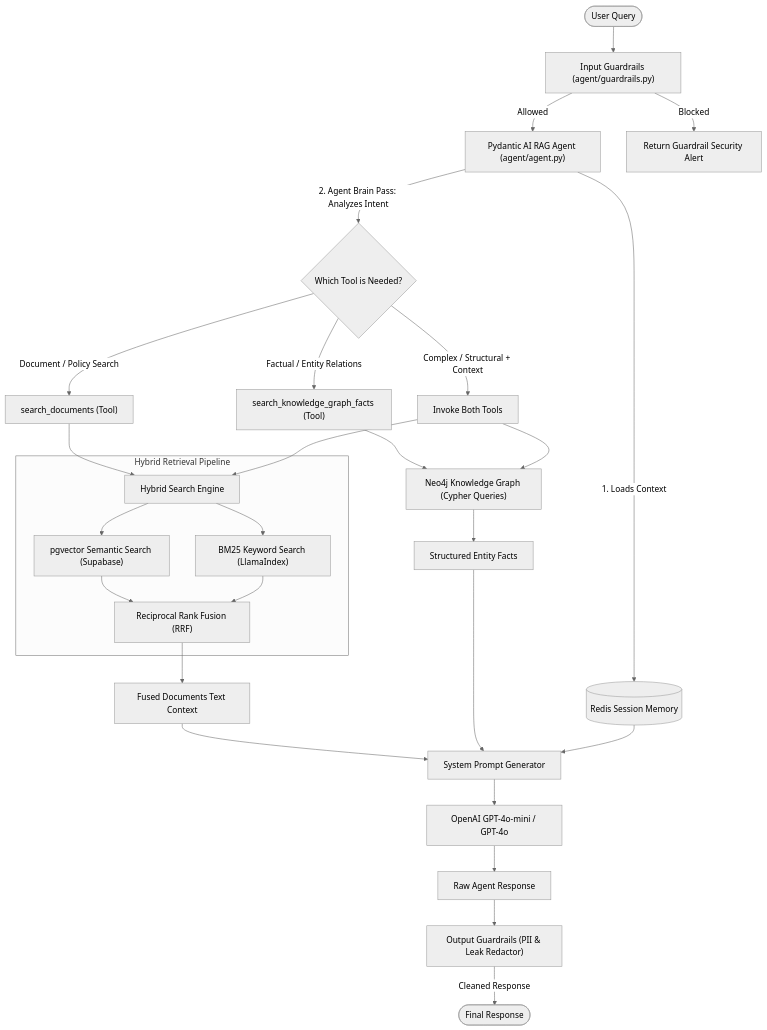
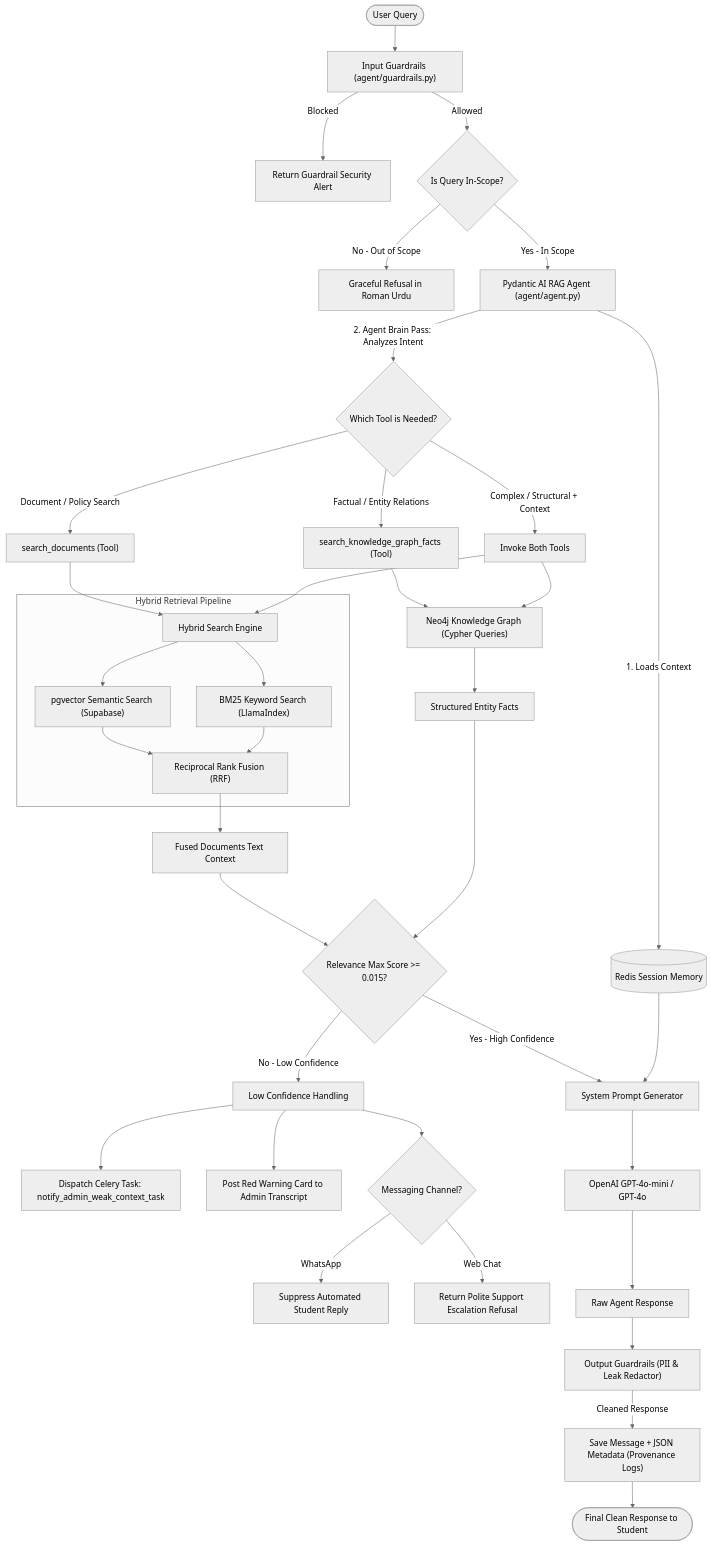
One commit to HasnainMuavia1/WA-Graph-RAG-BACKEND changed the first of 5 diagrams in README.md. Above: the diagram before and after it, drawn with Mermaid (neutral theme). The commit also changed other lines of this file and 7 other files, not shown here.

````diff
--- a/README.md
+++ b/README.md
@@ -26,45 +26,59 @@
 ```mermaid
 graph TD
     User([User Query]) --> IG["Input Guardrails (agent/guardrails.py)"]
-    IG -->|Allowed| Agent["Pydantic AI RAG Agent (agent/agent.py)"]
     IG -->|Blocked| BlockedMsg["Return Guardrail Security Alert"]
+    IG -->|Allowed| ScopeCheck{Is Query In-Scope?}
+    
+    ScopeCheck -->|No - Out of Scope| OutOfScopeMsg["Graceful Refusal in Roman Urdu"]
+    ScopeCheck -->|Yes - In Scope| Agent["Pydantic AI RAG Agent (agent/agent.py)"]
     
     Agent -->|1. Loads Context| Memory[(Redis Session Memory)]
-    
-    %% Agent Brain Pass / Tool Decision
     Agent -->|2. Agent Brain Pass: Analyzes Intent| ToolRouter{Which Tool is Needed?}
     
     %% Tool Routing
     ToolRouter -->|Factual / Entity Relations| GraphTool["search_knowledge_graph_facts (Tool)"]
     ToolRouter -->|Document / Policy Search| DocTool["search_documents (Tool)"]
     ToolRouter -->|Complex / Structural + Context| Both["Invoke Both Tools"]
     
     %% Graph Tool execution
     GraphTool --> Neo4jSearch["Neo4j Knowledge Graph (Cypher Queries)"]
     
     %% Doc Tool execution
     DocTool --> HybridSearch["Hybrid Search Engine"]
     Both --> Neo4jSearch
     Both --> HybridSearch
     
     %% Hybrid Search Breakdown
     subgraph Hybrid Retrieval Pipeline
         HybridSearch --> VectorSearch["pgvector Semantic Search (Supabase)"]
         HybridSearch --> BM25Search["BM25 Keyword Search (LlamaIndex)"]
         VectorSearch --> RERANK["Reciprocal Rank Fusion (RRF)"]
         BM25Search --> RERANK
     end
     
     %% Context synthesis
     RERANK --> FusedDocContext["Fused Documents Text Context"]
     Neo4jSearch --> GraphContext["Structured Entity Facts"]
     
-    FusedDocContext --> PromptBuilder["System Prompt Generator"]
-    GraphContext --> PromptBuilder
+    %% Relevance gate
+    FusedDocContext --> ConfGate{Relevance Max Score >= 0.015?}
+    GraphContext --> ConfGate
+    
+    %% Low Confidence branch
+    ConfGate -->|No - Low Confidence| LowConf["Low Confidence Handling"]
+    LowConf --> CeleryAlert["Dispatch Celery Task: notify_admin_weak_context_task"]
+    LowConf --> SaveAlert["Post Red Warning Card to Admin Transcript"]
+    LowConf --> ChannelSplit{Messaging Channel?}
+    ChannelSplit -->|WhatsApp| Suppress["Suppress Automated Student Reply"]
+    ChannelSplit -->|Web Chat| WebFallback["Return Polite Support Escalation Refusal"]
+    
+    %% High Confidence branch
+    ConfGate -->|Yes - High Confidence| PromptBuilder["System Prompt Generator"]
     Memory --> PromptBuilder
     
     PromptBuilder --> LLM["OpenAI GPT-4o-mini / GPT-4o"]
     LLM --> RawOutput["Raw Agent Response"]
     RawOutput --> OG["Output Guardrails (PII & Leak Redactor)"]
-    OG -->|Cleaned Response| UserResponse([Final Response])
+    OG -->|Cleaned Response| SaveProvenance["Save Message + JSON Metadata (Provenance Logs)"]
+    SaveProvenance --> UserResponse([Final Clean Response to Student])
 ```
````
